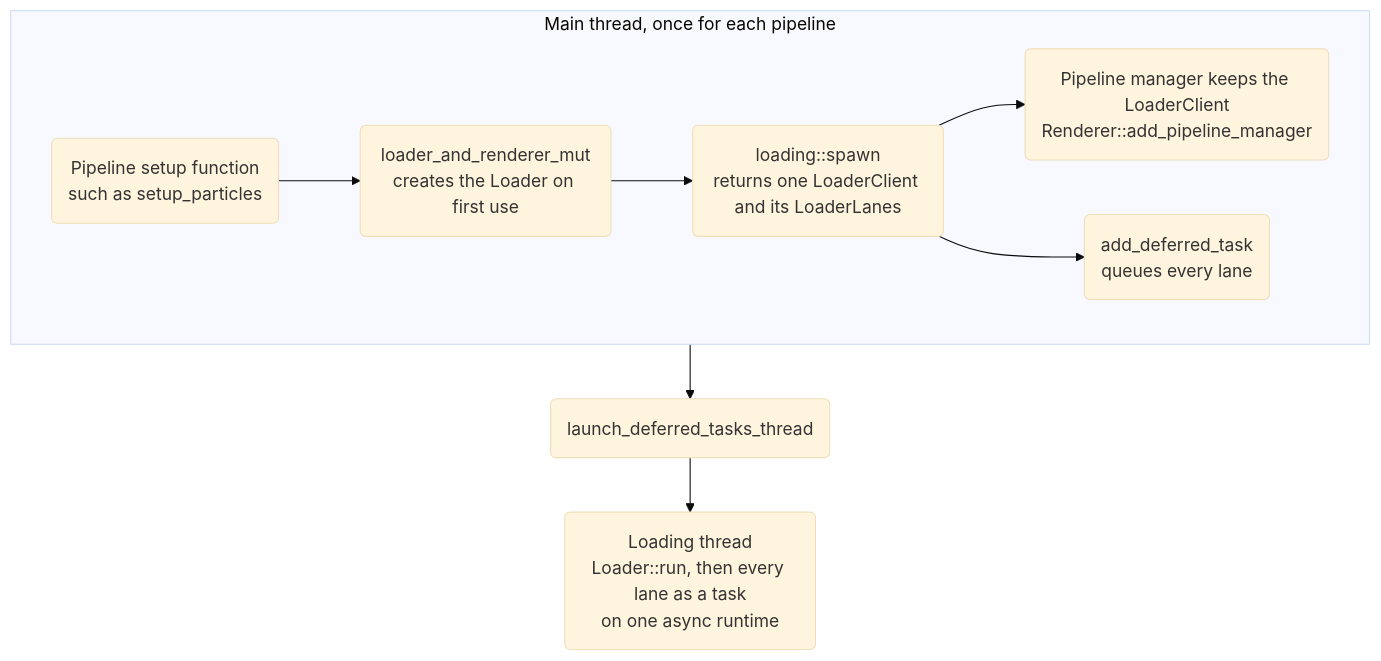
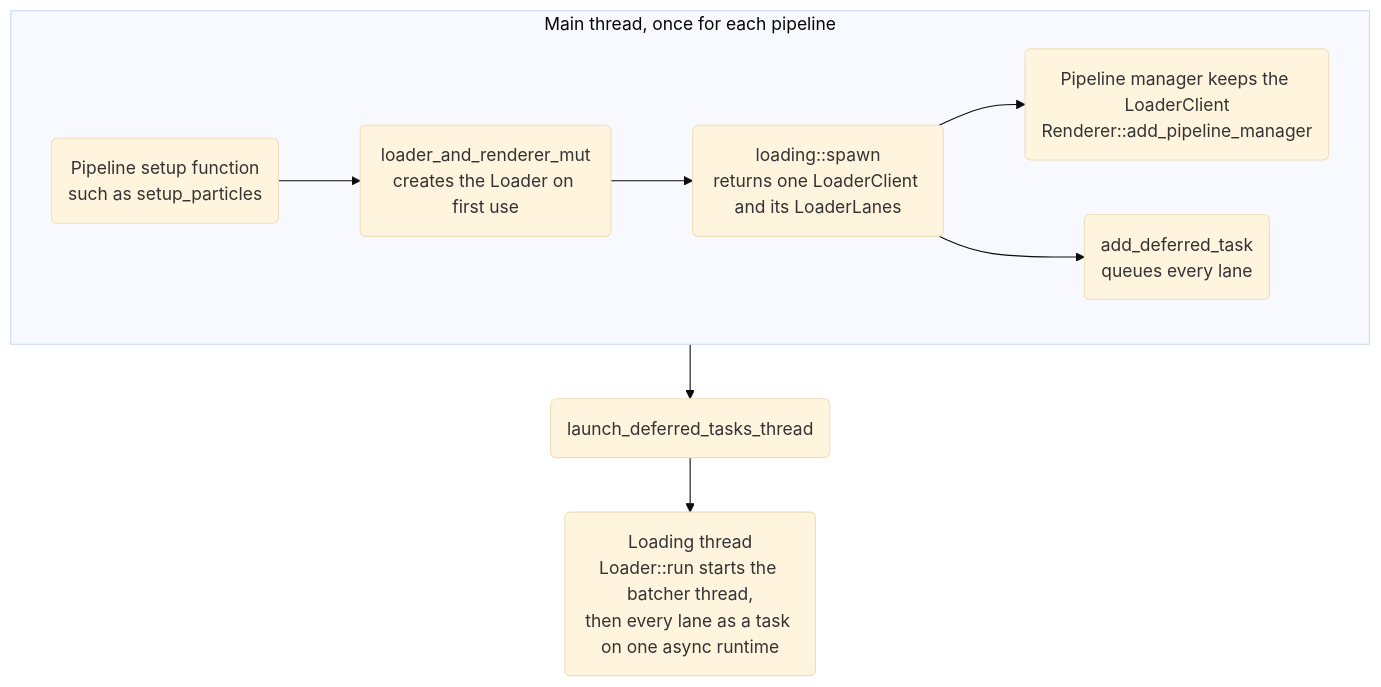
The second of 3 diagrams in docs/develop/rendering/loading.mdx (Game-Tek/Byte-Engine), drawn with Mermaid (base theme) before and after one commit. The commit also changed other lines of this file and 105 other files, not shown here.

````diff
--- a/docs/develop/rendering/loading.mdx
+++ b/docs/develop/rendering/loading.mdx
@@ -54,11 +54,11 @@
 ```mermaid
 flowchart TD
   subgraph setup["Main thread, once for each pipeline"]
     A("Pipeline setup function<br/>such as setup_particles") --> B("loader_and_renderer_mut<br/>creates the Loader on first use")
     B --> C("loading::spawn<br/>returns one LoaderClient and its LoaderLanes")
     C --> D("Pipeline manager keeps the LoaderClient<br/>Renderer::add_pipeline_manager")
     C --> E("add_deferred_task<br/>queues every lane")
   end
   setup --> F("launch_deferred_tasks_thread")
-  F --> G("Loading thread<br/>Loader::run, then every lane as a task<br/>on one async runtime")
+  F --> G("Loading thread<br/>Loader::run starts the batcher thread,<br/>then every lane as a task on one async runtime")
 ```
````
